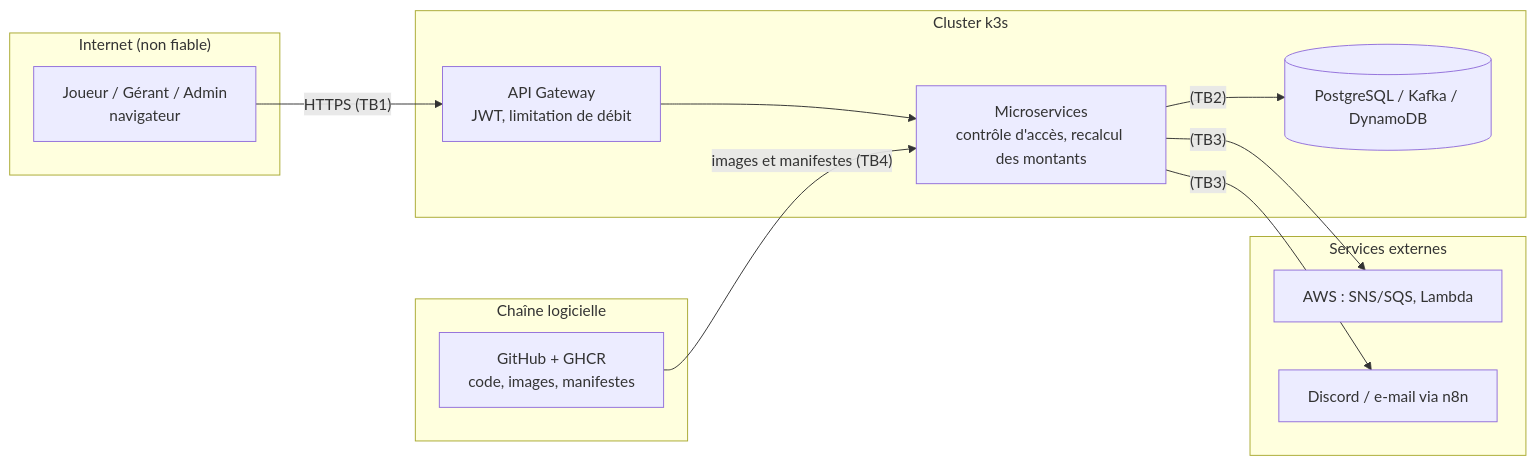
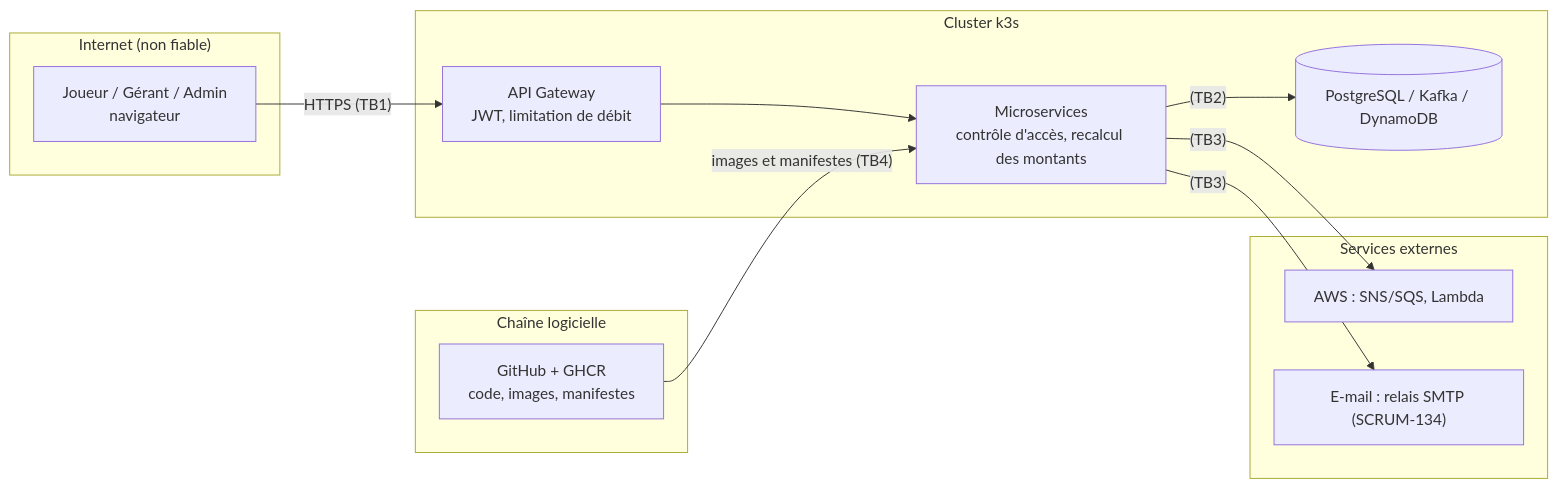
One commit to teamslot-app/teamslot changed the diagram in docs/security/threat-model.md. Above: the diagram before and after it, drawn with Mermaid. The commit also changed other lines of this file and 25 other files, not shown here.

First line of the commit message:
feat(notification): SCRUM-81 notifications dans l'application (Mes notifications, marquer lue) et suppression de Discord (#202)

````diff
--- a/docs/security/threat-model.md
+++ b/docs/security/threat-model.md
@@ -40,24 +40,24 @@
 ```mermaid
 flowchart LR
   subgraph NET["Internet (non fiable)"]
     U["Joueur / Gérant / Admin<br/>navigateur"]
   end
   subgraph CLUSTER["Cluster k3s"]
     GW["API Gateway<br/>JWT, limitation de débit"]
     SVC["Microservices<br/>contrôle d'accès, recalcul des montants"]
     DATA[("PostgreSQL / Kafka / DynamoDB")]
   end
   subgraph EXT["Services externes"]
     AWS["AWS : SNS/SQS, Lambda"]
-    MSG["Discord / e-mail via n8n"]
+    MSG["E-mail : relais SMTP (SCRUM-134)"]
   end
   subgraph SC["Chaîne logicielle"]
     GH["GitHub + GHCR<br/>code, images, manifestes"]
   end
   U -- "HTTPS (TB1)" --> GW
   GW --> SVC
   SVC -- "(TB2)" --> DATA
   SVC -- "(TB3)" --> AWS
   SVC -- "(TB3)" --> MSG
   GH -- "images et manifestes (TB4)" --> SVC
 ```
````
